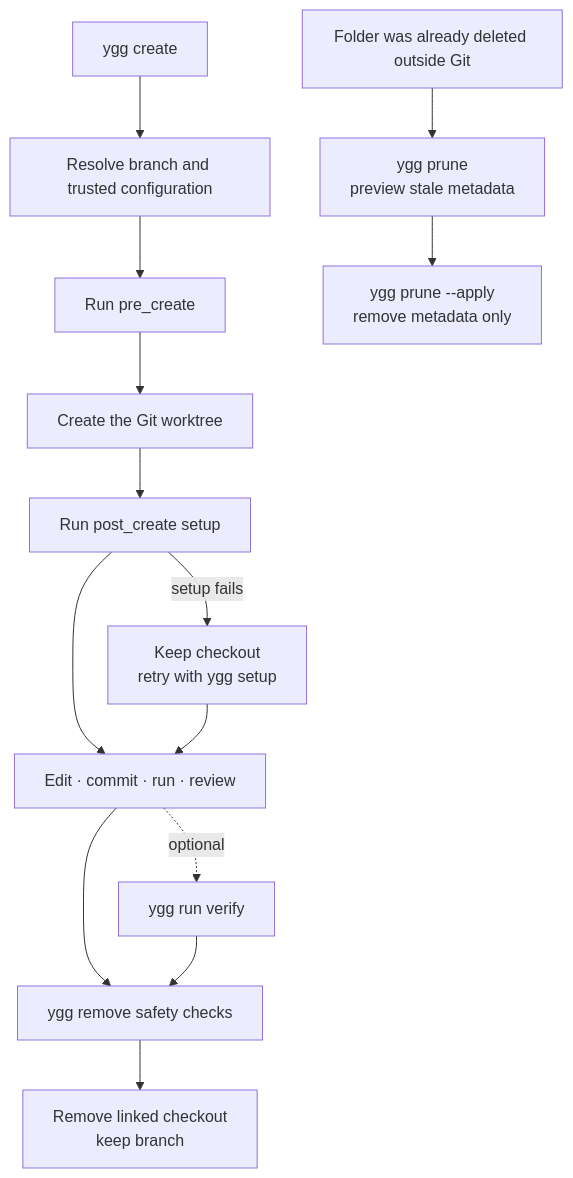
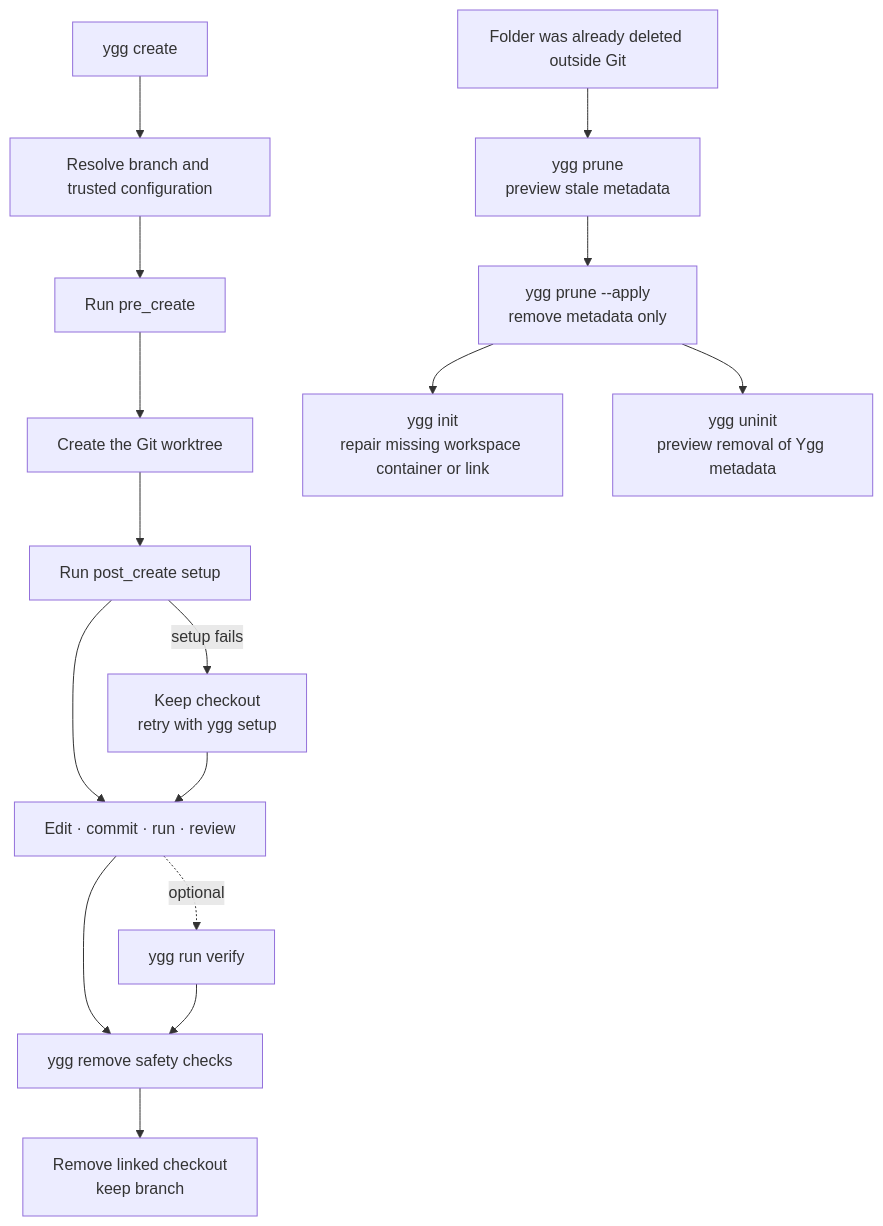
Before and after one commit to phillippbertram/wald-worktree: the third of 3 diagrams in docs/worktrees.md, drawn with Mermaid. The commit also changed other lines of this file and 14 other files, not shown here.

Commit message:
feat(cli): add workspace repair and uninit

````diff
--- a/docs/worktrees.md
+++ b/docs/worktrees.md
@@ -183,17 +183,20 @@
 ```mermaid
 flowchart TB
     Request["ygg create"] --> Resolve["Resolve branch and trusted configuration"]
     Resolve --> Pre["Run pre_create"]
     Pre --> Add["Create the Git worktree"]
     Add --> Post["Run post_create setup"]
     Post --> Ready["Edit · commit · run · review"]
     Post -- setup fails --> Retry["Keep checkout<br/>retry with ygg setup"]
     Retry --> Ready
     Ready --> Inspect["ygg remove safety checks"]
     Ready -. optional .-> Verify["ygg run verify"]
     Verify --> Inspect
     Inspect --> Remove["Remove linked checkout<br/>keep branch"]
 
     Missing["Folder was already deleted outside Git"] --> Preview["ygg prune<br/>preview stale metadata"]
     Preview --> Apply["ygg prune --apply<br/>remove metadata only"]
+
+    Apply --> Repair["ygg init<br/>repair missing workspace container or link"]
+    Apply --> Uninit["ygg uninit<br/>preview removal of Ygg metadata"]
 ```
````
